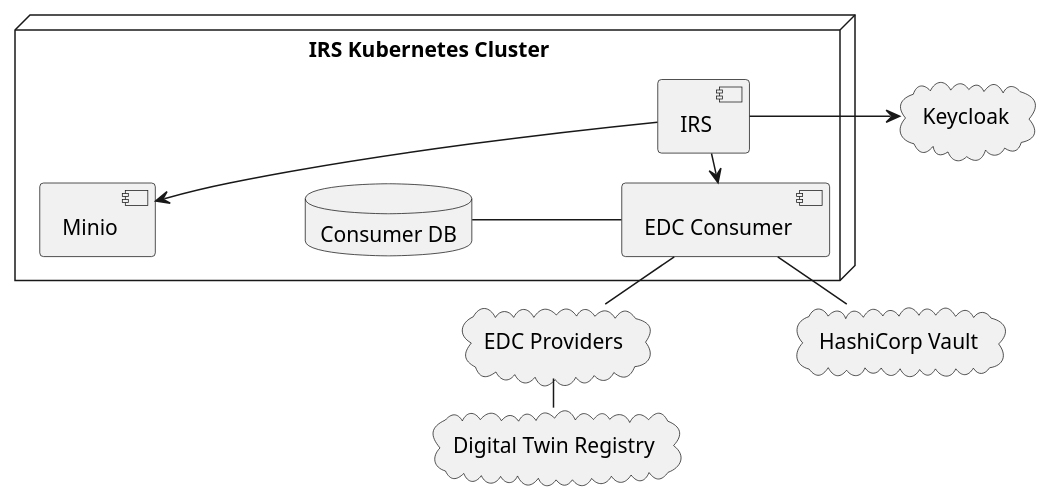
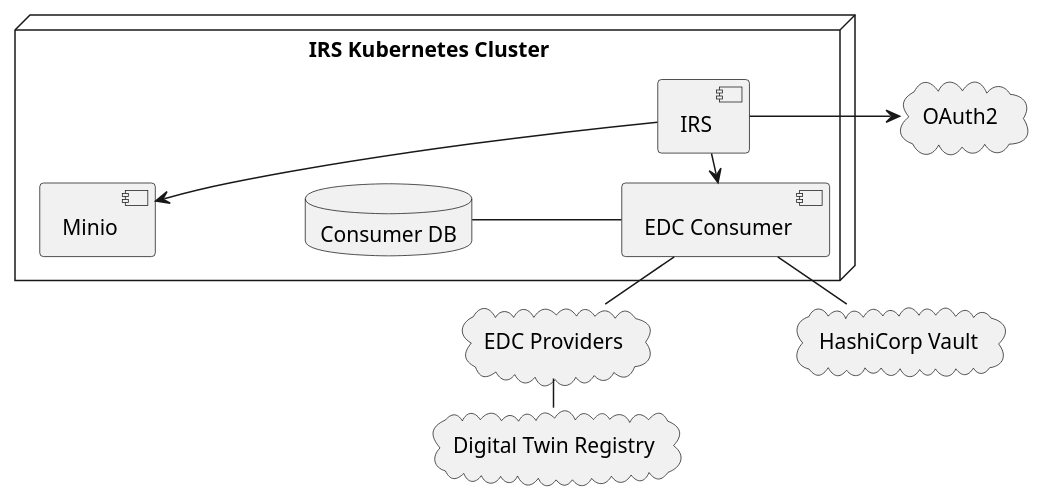
The diagram in docs/src/uml-diagrams/deployment-view/level-0-int.puml (eclipse-tractusx/item-relationship-service), drawn with PlantUML before and after one commit. The commit also changed 34 other files, not shown here.

```diff
--- a/docs/src/uml-diagrams/deployment-view/level-0-int.puml
+++ b/docs/src/uml-diagrams/deployment-view/level-0-int.puml
@@ -1,31 +1,31 @@
 @startuml
 skinparam monochrome true
 skinparam shadowing false
 skinparam nodesep 100
 skinparam ranksep 20
 skinparam defaultFontName "Architects daughter"
 
 cloud "Digital Twin Registry" as dtr
 cloud "EDC Providers" as providers
-cloud Keycloak
+cloud OAuth2
 cloud "HashiCorp Vault" as vault
 
 node "IRS Kubernetes Cluster" as k8s {
 
     component IRS
     component Minio
     component "EDC Consumer" as consumer
     database "Consumer DB" as cdb
 
     IRS --> Minio
     IRS --> consumer
     cdb - consumer
 
 }
 
-IRS -> Keycloak
+IRS -> OAuth2
 providers -- dtr
 consumer -- providers
 consumer -- vault
 
 @enduml
```
